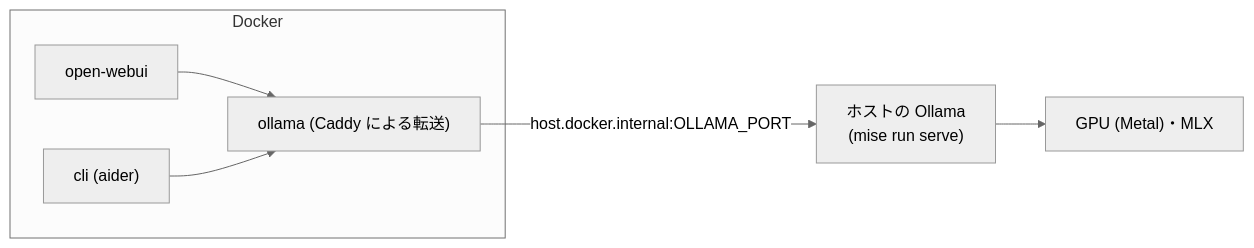
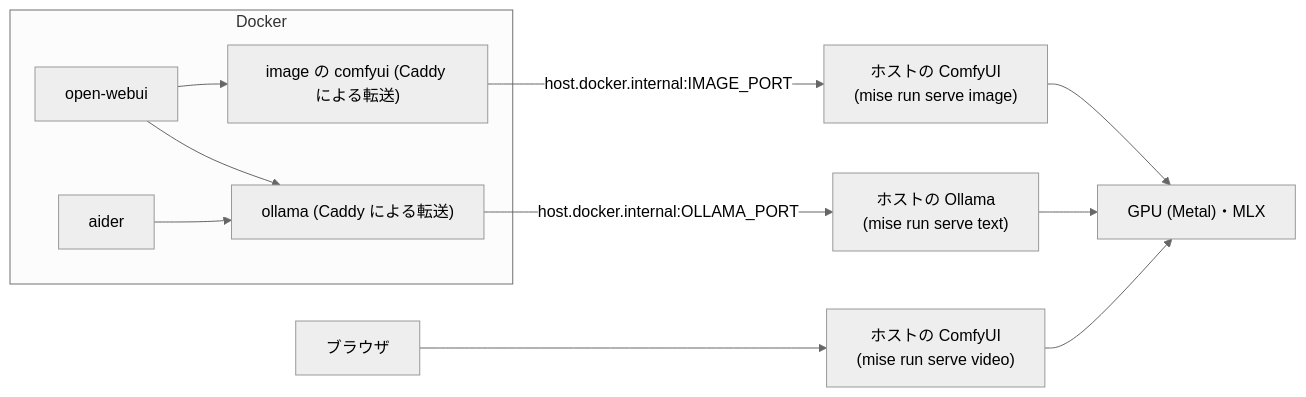
Before and after one commit to msageha/local-ai-chat: the second of 2 diagrams in README.md, drawn with Mermaid (neutral theme). The commit also changed other lines of this file and 33 other files, not shown here.

First line of the commit message:
feat: add image and video generation apps alongside the LLM stack (#6)

````diff
--- a/README.md
+++ b/README.md
@@ -64,9 +100,14 @@
 ```mermaid
 flowchart LR
   subgraph docker["Docker"]
     webui[open-webui] --> proxy["ollama (Caddy による転送)"]
-    cli["cli (aider)"] --> proxy
+    aider --> proxy
+    webui --> imageproxy["image の comfyui (Caddy による転送)"]
   end
-  proxy -- "host.docker.internal:OLLAMA_PORT" --> host["ホストの Ollama<br>(mise run serve)"]
+  proxy -- "host.docker.internal:OLLAMA_PORT" --> host["ホストの Ollama<br>(mise run serve text)"]
+  imageproxy -- "host.docker.internal:IMAGE_PORT" --> hostimage["ホストの ComfyUI<br>(mise run serve image)"]
+  browser[ブラウザ] --> hostvideo["ホストの ComfyUI<br>(mise run serve video)"]
   host --> gpu["GPU (Metal)・MLX"]
+  hostimage --> gpu
+  hostvideo --> gpu
 ```
````
